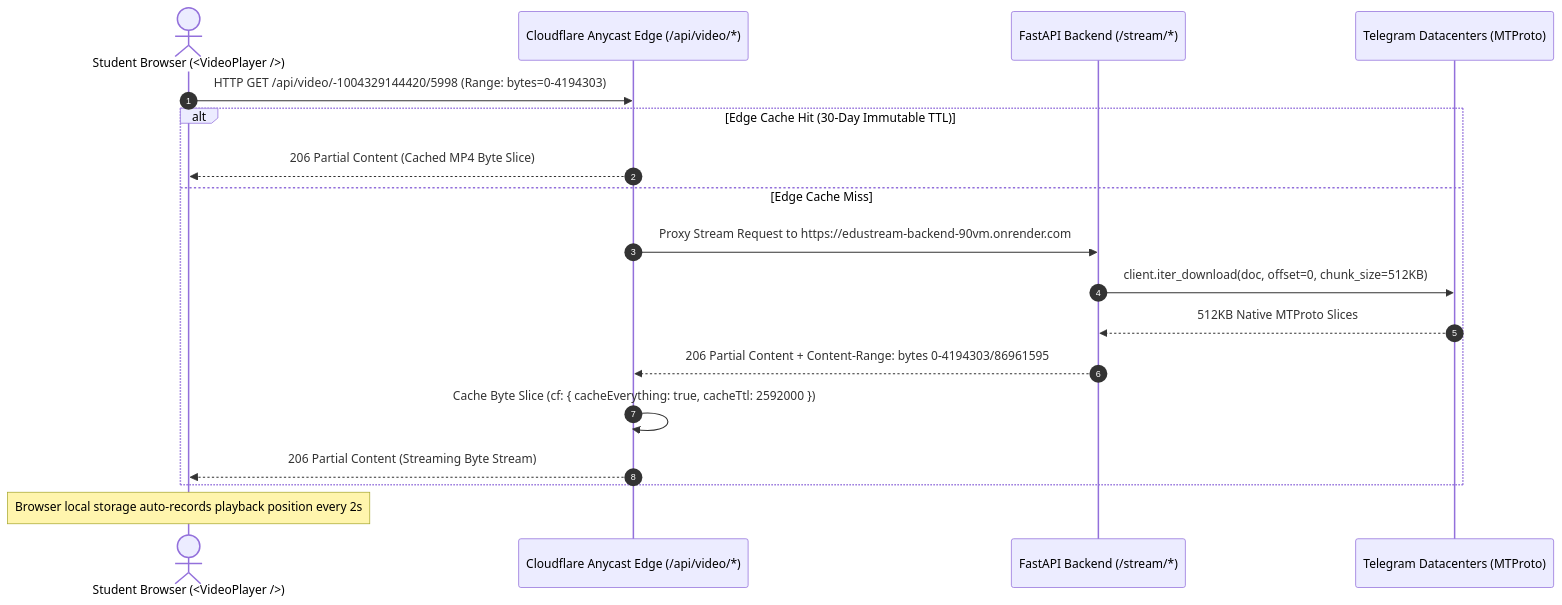
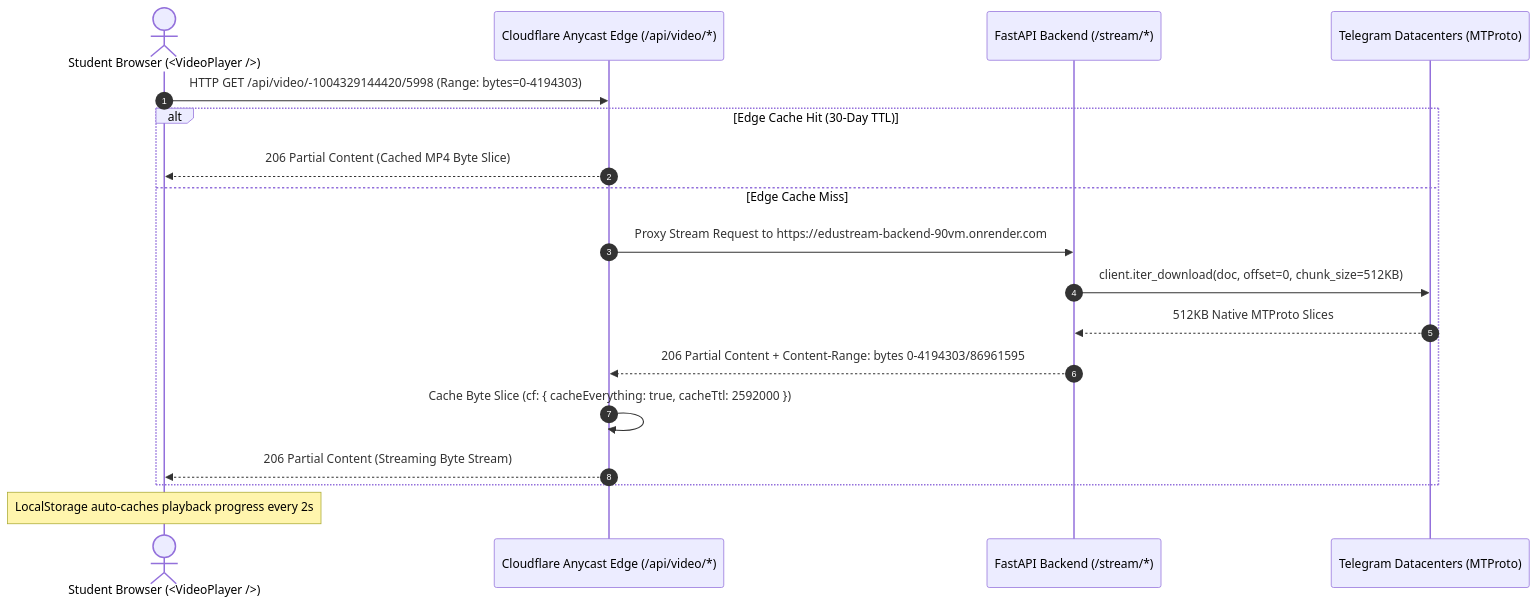
Before and after one commit to mdalamrahman/edustreams: the second of 7 diagrams in SYSTEM_ARCHITECTURE_LLD_HLD.md, drawn with Mermaid. The commit also changed other lines of this file and 1 other file, not shown here.

Commit message:
docs: add full Low-Level Design (LLD), component breakdowns, service deep-dives and user flows

````diff
--- a/SYSTEM_ARCHITECTURE_LLD_HLD.md
+++ b/SYSTEM_ARCHITECTURE_LLD_HLD.md
@@ -116,21 +114,21 @@
 ```mermaid
 sequenceDiagram
     autonumber
     actor Student as Student Browser (<VideoPlayer />)
     participant Edge as Cloudflare Anycast Edge (/api/video/*)
     participant Origin as FastAPI Backend (/stream/*)
     participant MTProto as Telegram Datacenters (MTProto)
 
     Student->>Edge: HTTP GET /api/video/-1004329144420/5998 (Range: bytes=0-4194303)
-    alt Edge Cache Hit (30-Day Immutable TTL)
+    alt Edge Cache Hit (30-Day TTL)
         Edge-->>Student: 206 Partial Content (Cached MP4 Byte Slice)
     else Edge Cache Miss
         Edge->>Origin: Proxy Stream Request to https://edustream-backend-90vm.onrender.com
         Origin->>MTProto: client.iter_download(doc, offset=0, chunk_size=512KB)
         MTProto-->>Origin: 512KB Native MTProto Slices
         Origin-->>Edge: 206 Partial Content + Content-Range: bytes 0-4194303/86961595
         Edge->>Edge: Cache Byte Slice (cf: { cacheEverything: true, cacheTtl: 2592000 })
         Edge-->>Student: 206 Partial Content (Streaming Byte Stream)
     end
-    Note over Student: Browser local storage auto-records playback position every 2s
+    Note over Student: LocalStorage auto-caches playback progress every 2s
 ```
````
